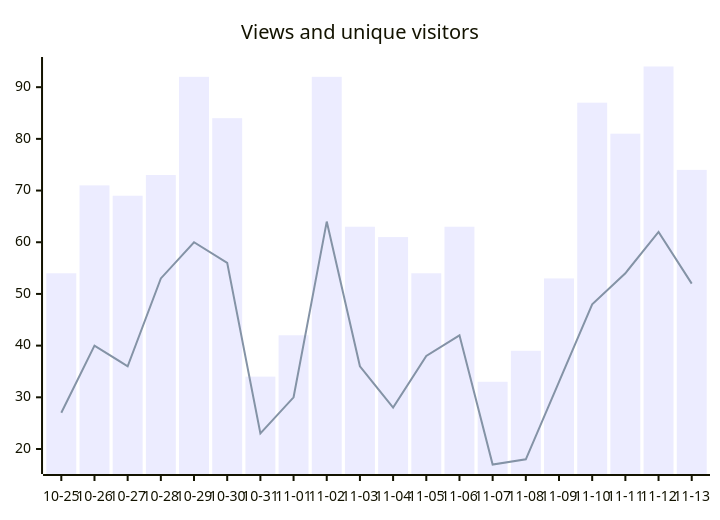
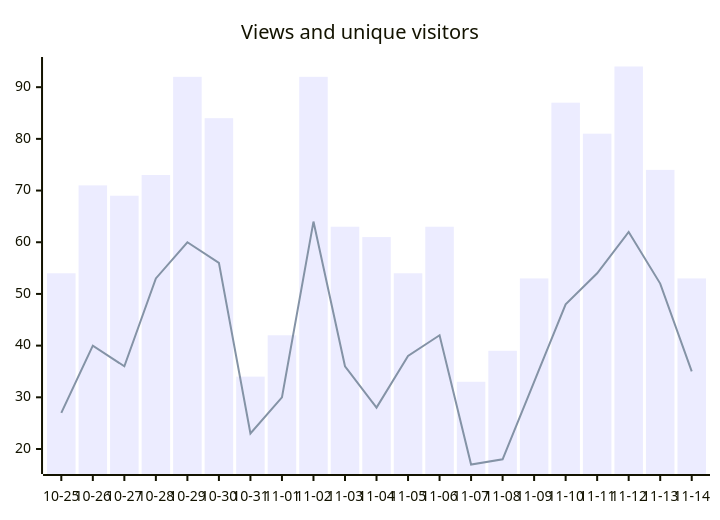
One commit to fmadore/Live-translation changed the second of 2 diagrams in README.md. Above: the diagram before and after it, drawn with Mermaid. The commit also changed other lines of this file and 3 other files, not shown here.

````diff
--- a/README.md
+++ b/README.md
@@ -77,7 +77,7 @@
 ```mermaid
 xychart-beta
     title "Views and unique visitors"
-    x-axis ["10-25", "10-26", "10-27", "10-28", "10-29", "10-30", "10-31", "11-01", "11-02", "11-03", "11-04", "11-05", "11-06", "11-07", "11-08", "11-09", "11-10", "11-11", "11-12", "11-13"]
-    bar [54, 71, 69, 73, 92, 84, 34, 42, 92, 63, 61, 54, 63, 33, 39, 53, 87, 81, 94, 74]
-    line [27, 40, 36, 53, 60, 56, 23, 30, 64, 36, 28, 38, 42, 17, 18, 33, 48, 54, 62, 52]
+    x-axis ["10-25", "10-26", "10-27", "10-28", "10-29", "10-30", "10-31", "11-01", "11-02", "11-03", "11-04", "11-05", "11-06", "11-07", "11-08", "11-09", "11-10", "11-11", "11-12", "11-13", "11-14"]
+    bar [54, 71, 69, 73, 92, 84, 34, 42, 92, 63, 61, 54, 63, 33, 39, 53, 87, 81, 94, 74, 53]
+    line [27, 40, 36, 53, 60, 56, 23, 30, 64, 36, 28, 38, 42, 17, 18, 33, 48, 54, 62, 52, 35]
 ```
````
